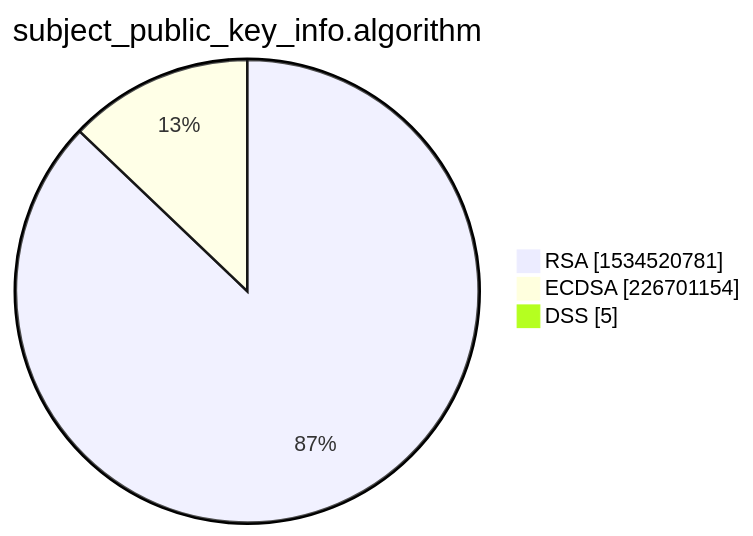
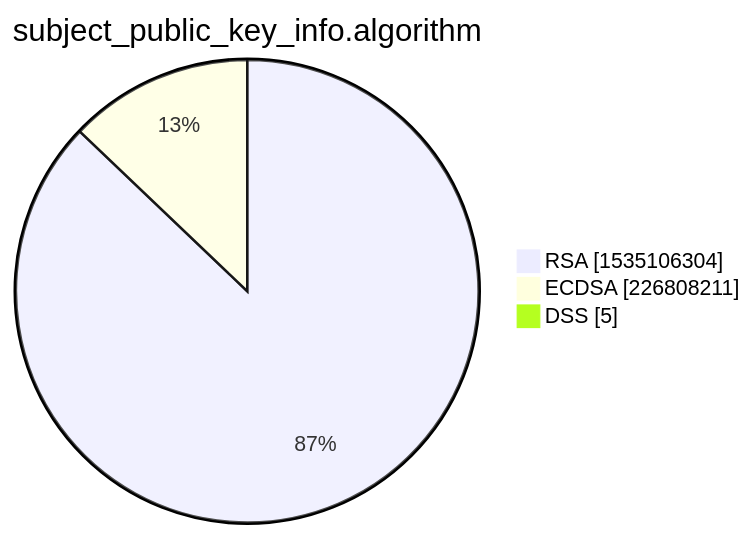
The third of 15 diagrams in xenon2022/README.md (christiankrug/ctmonitor_visualization), drawn with Mermaid before and after one commit. The commit also changed other lines of this file, not shown here.

````diff
--- a/xenon2022/README.md
+++ b/xenon2022/README.md
@@ -14,7 +14,7 @@
 ```mermaid
 pie showData
 title subject_public_key_info.algorithm
-"RSA" :1534520781
-"ECDSA" :226701154
+"RSA" :1535106304
+"ECDSA" :226808211
 "DSS" :5
 ```
````
